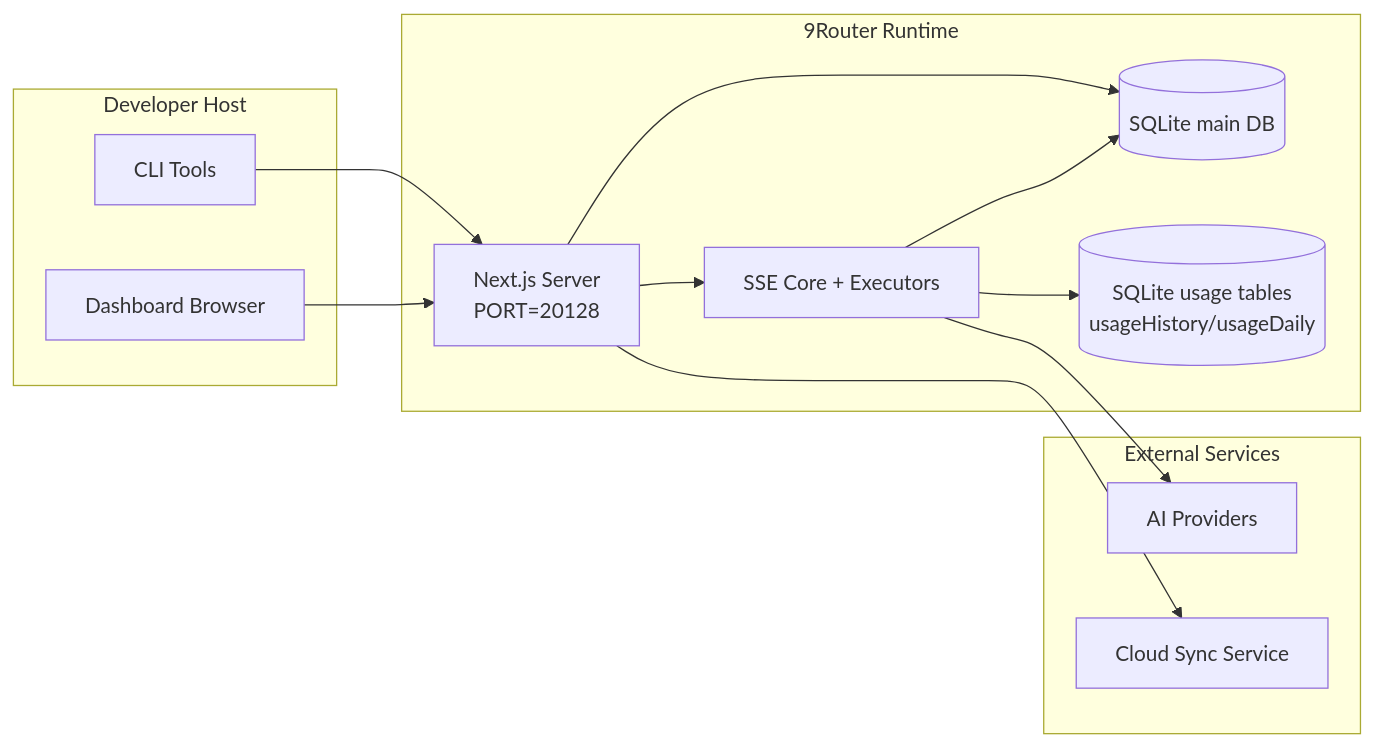
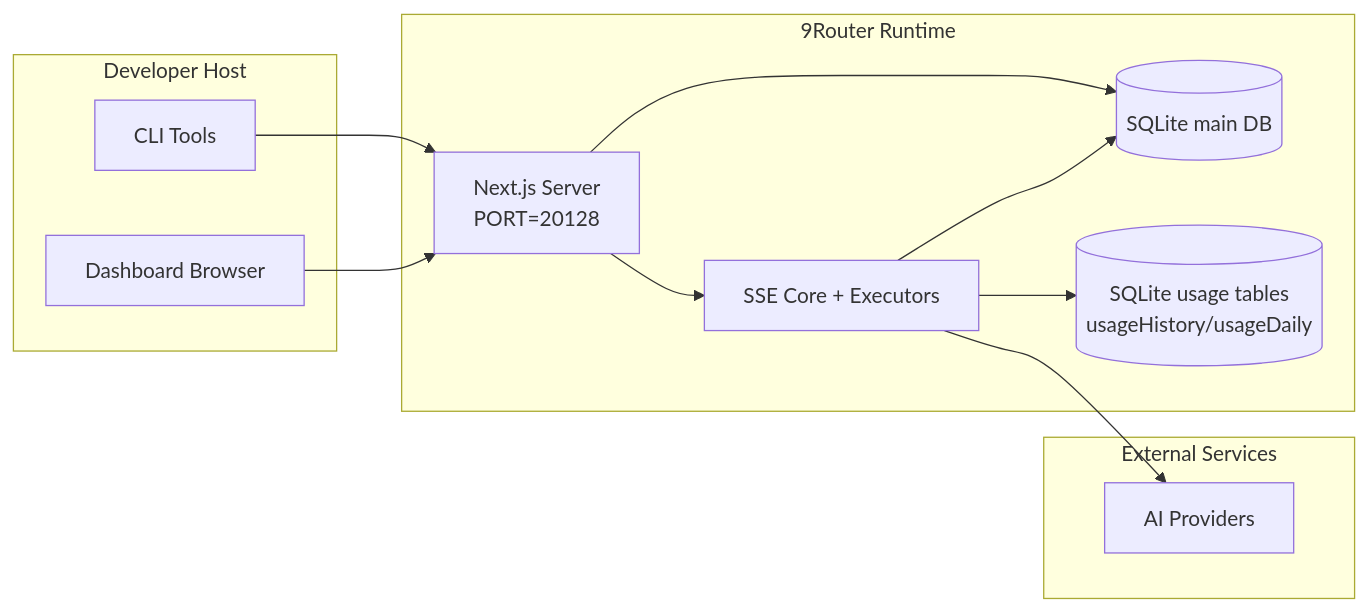
The sixth of 6 diagrams in docs/ARCHITECTURE.md (totalwindupflightsystems/9router), drawn with Mermaid before and after one commit. The commit also changed other lines of this file and 3 other files, not shown here.

Commit message:
docs: remove stale cloud-sync references (DOC-1)

````diff
--- a/docs/ARCHITECTURE.md
+++ b/docs/ARCHITECTURE.md
@@ -386,28 +337,26 @@
 ```mermaid
 flowchart LR
     subgraph LocalHost[Developer Host]
         CLI[CLI Tools]
         Browser[Dashboard Browser]
     end
 
     subgraph ContainerOrProcess[9Router Runtime]
         Next[Next.js Server\nPORT=20128]
         Core[SSE Core + Executors]
         MainDB[(SQLite main DB)]
         UsageDB[(SQLite usage tables\nusageHistory/usageDaily)]
     end
 
     subgraph External[External Services]
         Providers[AI Providers]
-        SyncCloud[Cloud Sync Service]
     end
 
     CLI --> Next
     Browser --> Next
     Next --> Core
     Next --> MainDB
     Core --> MainDB
     Core --> UsageDB
     Core --> Providers
-    Next --> SyncCloud
 ```
````
